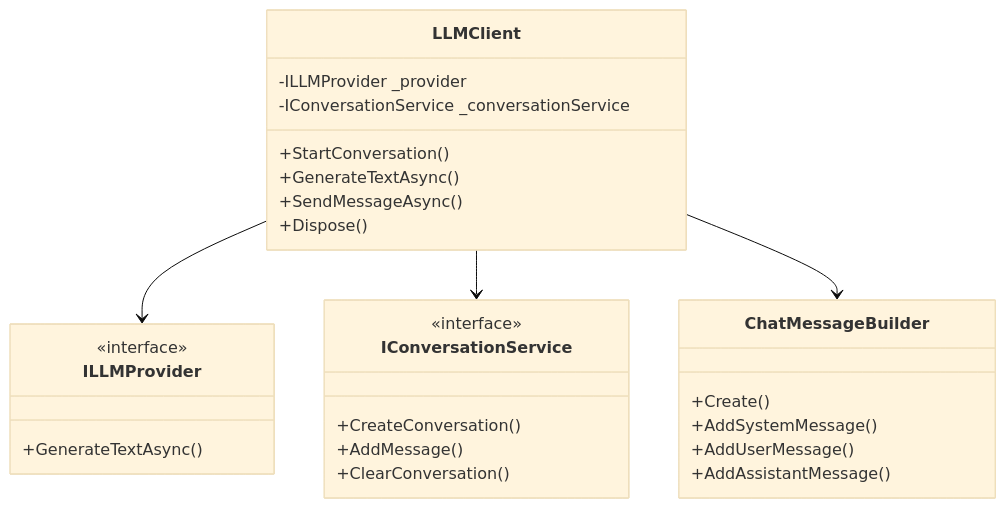
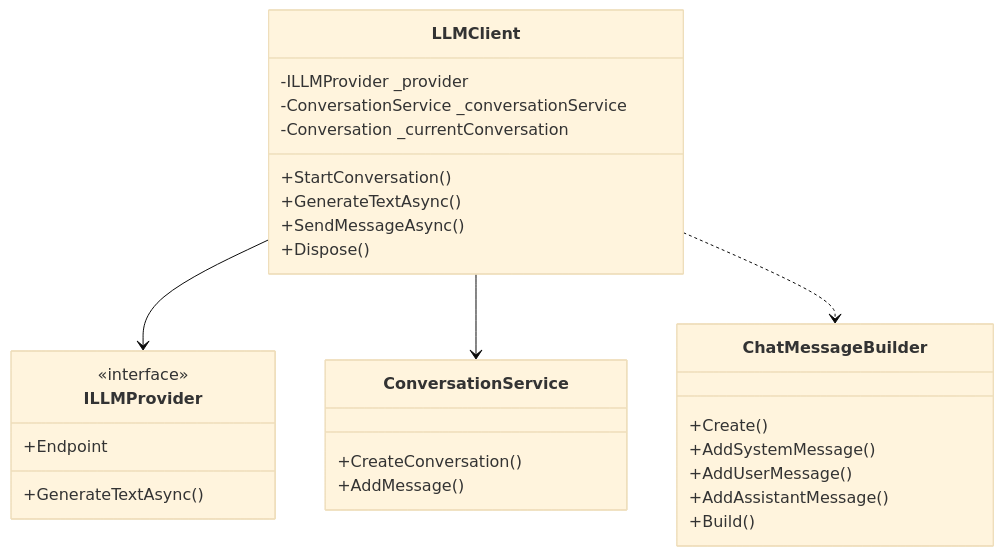
The diagram in .wiki/Architecture.md (MohammedJayyab/LLMKit), drawn with Mermaid (base theme) before and after one commit. The commit also changed other lines of this file and 4 other files, not shown here.

````diff
--- a/.wiki/Architecture.md
+++ b/.wiki/Architecture.md
@@ -92,34 +96,35 @@
 ```mermaid
 classDiagram
     class LLMClient {
         -ILLMProvider _provider
-        -IConversationService _conversationService
+        -ConversationService _conversationService
+        -Conversation _currentConversation
         +StartConversation()
         +GenerateTextAsync()
         +SendMessageAsync()
         +Dispose()
     }
     
     class ILLMProvider {
         <<interface>>
+        +Endpoint
         +GenerateTextAsync()
     }
     
-    class IConversationService {
-        <<interface>>
+    class ConversationService {
         +CreateConversation()
         +AddMessage()
-        +ClearConversation()
     }
     
     class ChatMessageBuilder {
         +Create()
         +AddSystemMessage()
         +AddUserMessage()
         +AddAssistantMessage()
+        +Build()
     }
     
     LLMClient --> ILLMProvider
-    LLMClient --> IConversationService
-    LLMClient --> ChatMessageBuilder
+    LLMClient --> ConversationService
+    LLMClient ..> ChatMessageBuilder
 ```
````
